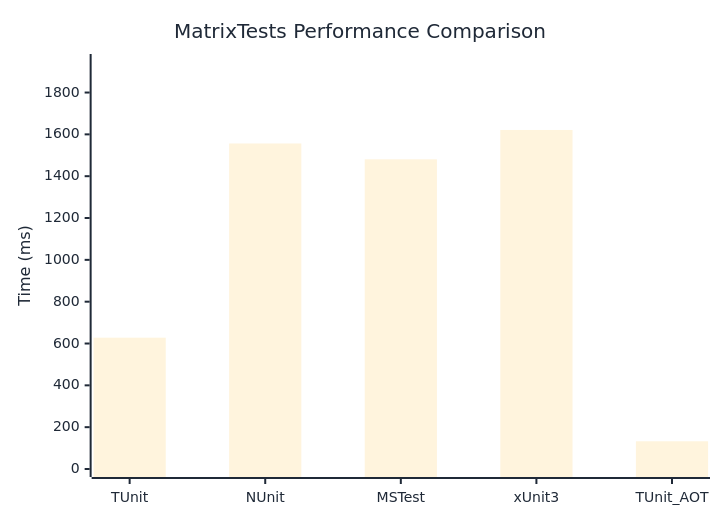
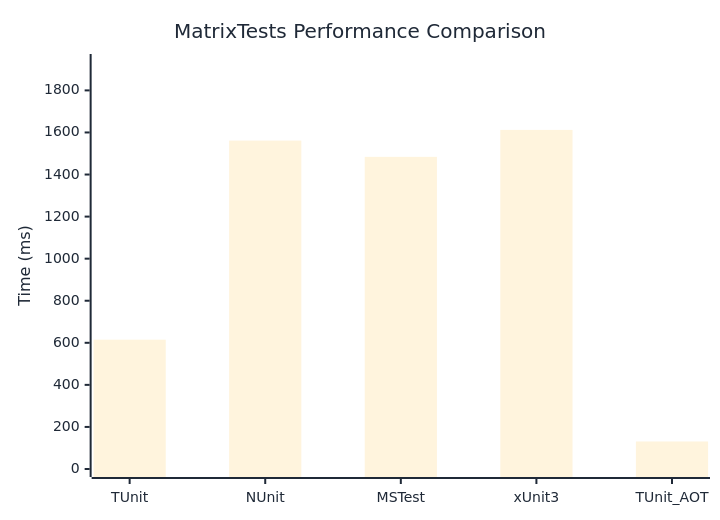
The diagram in docs/docs/benchmarks/MatrixTests.md (thomhurst/TUnit), drawn with Mermaid before and after one commit. The commit also changed other lines of this file and 17 other files, not shown here.

````diff
--- a/docs/docs/benchmarks/MatrixTests.md
+++ b/docs/docs/benchmarks/MatrixTests.md
@@ -27,37 +27,37 @@
 ```mermaid
 %%{init: {
   'theme':'base',
   'themeVariables': {
     'primaryColor': '#2563eb',
     'primaryTextColor': '#1f2937',
     'primaryBorderColor': '#1e40af',
     'lineColor': '#6b7280',
     'secondaryColor': '#7c3aed',
     'tertiaryColor': '#dc2626',
     'background': '#ffffff',
     'mainBkg': '#2563eb',
     'secondBkg': '#7c3aed',
     'tertiaryBkg': '#dc2626',
     'clusterBkg': '#f3f4f6',
     'edgeLabelBackground': '#ffffff',
     'tertiaryTextColor': '#1f2937',
     'pie1': '#2563eb',
     'pie2': '#7c3aed',
     'pie3': '#dc2626',
     'pie4': '#f59e0b',
     'pie5': '#10b981',
     'pie6': '#06b6d4',
     'pie7': '#ec4899',
     'pie8': '#6366f1',
     'pie9': '#84cc16',
     'pie10': '#f97316',
     'pie11': '#14b8a6',
     'pie12': '#a855f7'
   }
 }}%%
 xychart-beta
   title "MatrixTests Performance Comparison"
   x-axis ["TUnit", "NUnit", "MSTest", "xUnit3", "TUnit_AOT"]
-  y-axis "Time (ms)" 0 --> 1946
-  bar [627.9, 1556.4, 1480.8, 1621, 132.5]
+  y-axis "Time (ms)" 0 --> 1935
+  bar [614.8, 1561.4, 1484.1, 1612.1, 130.8]
 ```
````
